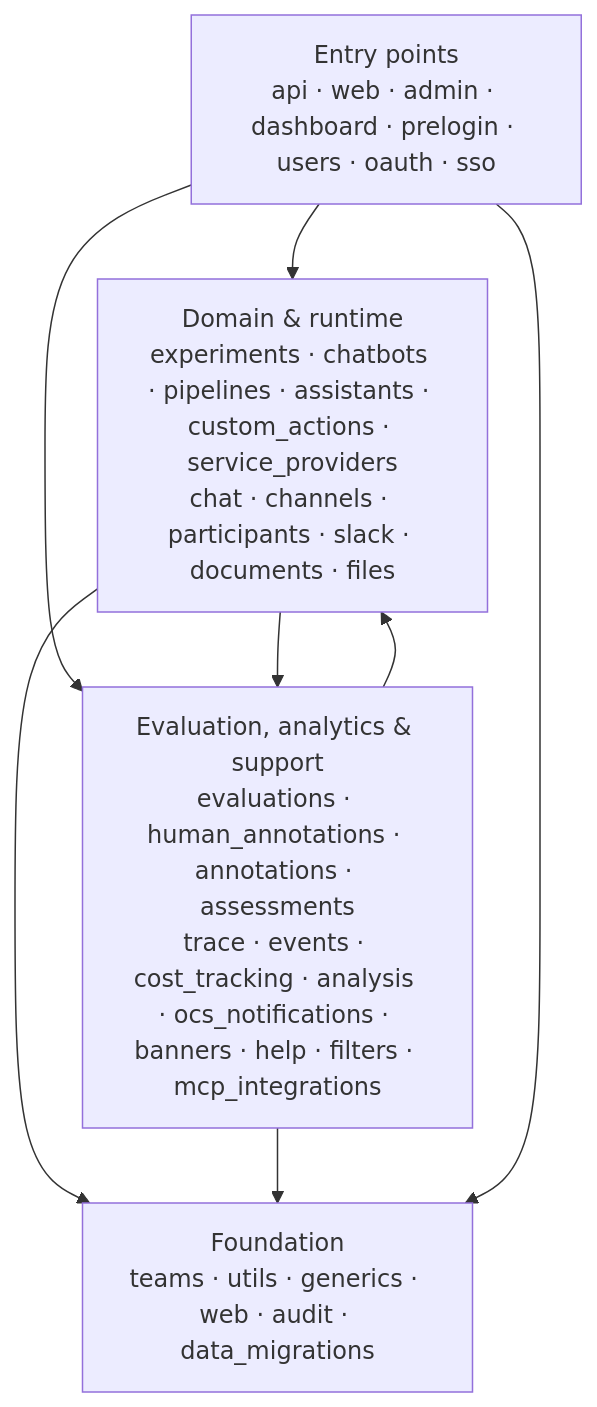
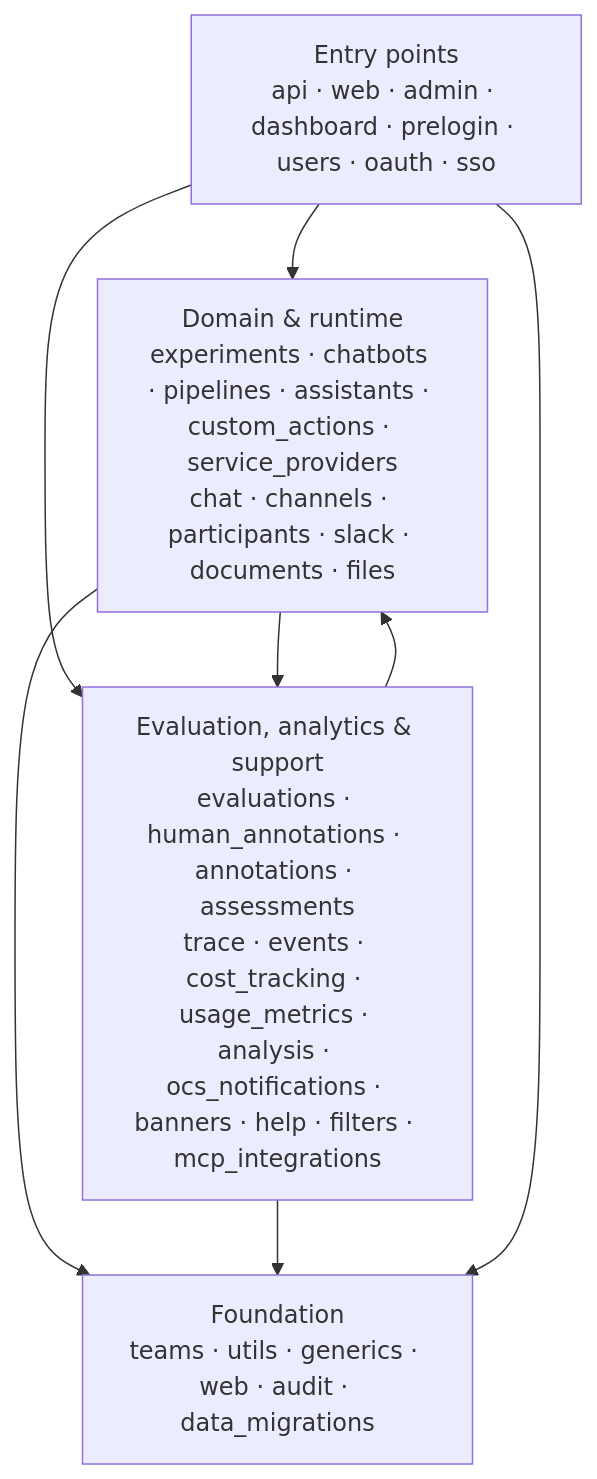
The diagram in docs/architecture/package-map.md (dimagi/open-chat-studio), drawn with Mermaid before and after one commit. The commit also changed other lines of this file and 3 other files, not shown here.

Commit message:
Add models-free usage_metrics app skeleton

````diff
--- a/docs/architecture/package-map.md
+++ b/docs/architecture/package-map.md
@@ -23,15 +23,15 @@
 ```mermaid
 flowchart TD
     EP["Entry points<br/>api · web · admin · dashboard · prelogin · users · oauth · sso"]
     DOM["Domain & runtime<br/>experiments · chatbots · pipelines · assistants · custom_actions · service_providers<br/>chat · channels · participants · slack · documents · files"]
-    FEAT["Evaluation, analytics & support<br/>evaluations · human_annotations · annotations · assessments<br/>trace · events · cost_tracking · analysis · ocs_notifications · banners · help · filters · mcp_integrations"]
+    FEAT["Evaluation, analytics & support<br/>evaluations · human_annotations · annotations · assessments<br/>trace · events · cost_tracking · usage_metrics · analysis · ocs_notifications · banners · help · filters · mcp_integrations"]
     FND["Foundation<br/>teams · utils · generics · web · audit · data_migrations"]
 
     EP --> DOM
     EP --> FEAT
     DOM --> FEAT
     FEAT --> DOM
     DOM --> FND
     FEAT --> FND
     EP --> FND
 ```
````
